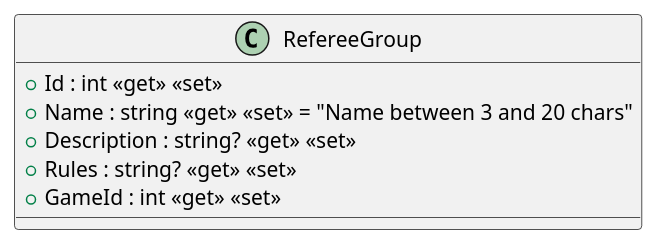
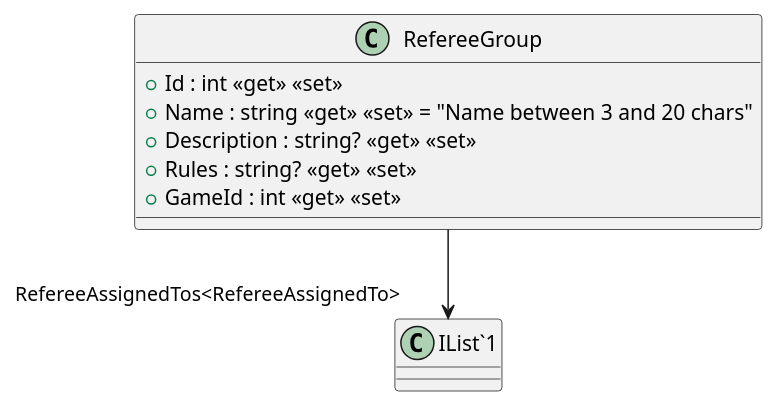
Before and after one commit to SEII2627SEALLUAN/SEII2627SEALLUAN: the diagram in src/AppForSEII.API/ClassDiagram/RefereeGroup.puml, drawn with PlantUML. The commit also changed 13 other files, not shown here.

Commit message:
- finish the definition of its classes of Model folowing the instructions of the previous week. - create the different relationships included in its UC diagram.

```diff
--- a/src/AppForSEII.API/ClassDiagram/RefereeGroup.puml
+++ b/src/AppForSEII.API/ClassDiagram/RefereeGroup.puml
@@ -1,9 +1,10 @@
 @startuml
 class RefereeGroup {
     + Id : int <<get>> <<set>>
     + Name : string <<get>> <<set>> = "Name between 3 and 20 chars"
     + Description : string? <<get>> <<set>>
     + Rules : string? <<get>> <<set>>
     + GameId : int <<get>> <<set>>
 }
+RefereeGroup --> "RefereeAssignedTos<RefereeAssignedTo>" "IList`1"
 @enduml
```
